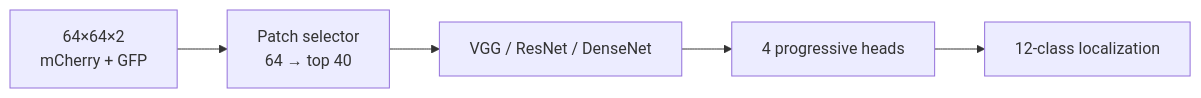
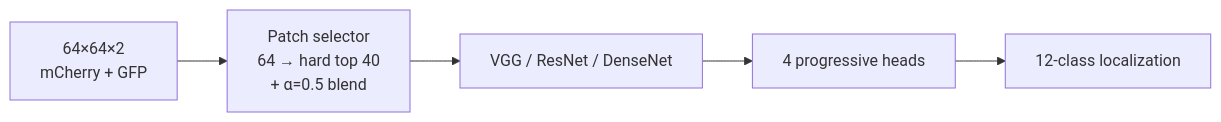
The diagram in README.md (una-sariel/deepyeast-mase), drawn with Mermaid before and after one commit. The commit also changed other lines of this file, not shown here.

First line of the commit message:
Rewrite the README project pitch around spatial patch selection.

````diff
--- a/README.md
+++ b/README.md
@@ -13,7 +27,7 @@
 ```mermaid
 flowchart LR
-  IN["64×64×2\nmCherry + GFP"] --> SEL["Patch selector\n64 → top 40"]
+  IN["64×64×2\nmCherry + GFP"] --> SEL["Patch selector\n64 → hard top 40\n+ α=0.5 blend"]
   SEL --> CNN["VGG / ResNet / DenseNet"]
   CNN --> HEADS["4 progressive heads"]
   HEADS --> OUT["12-class localization"]
 ```
````
